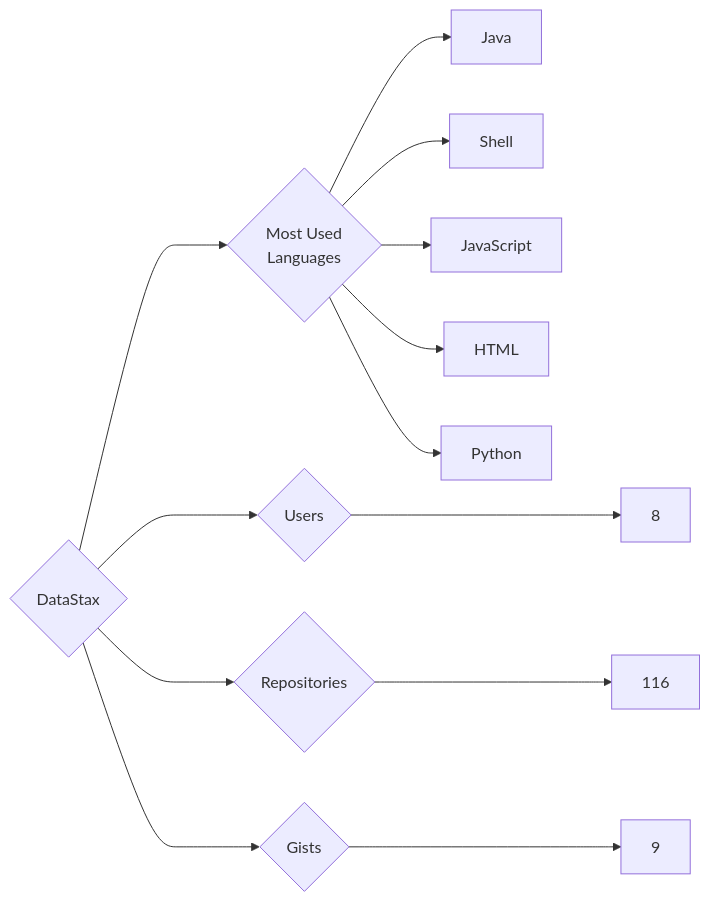
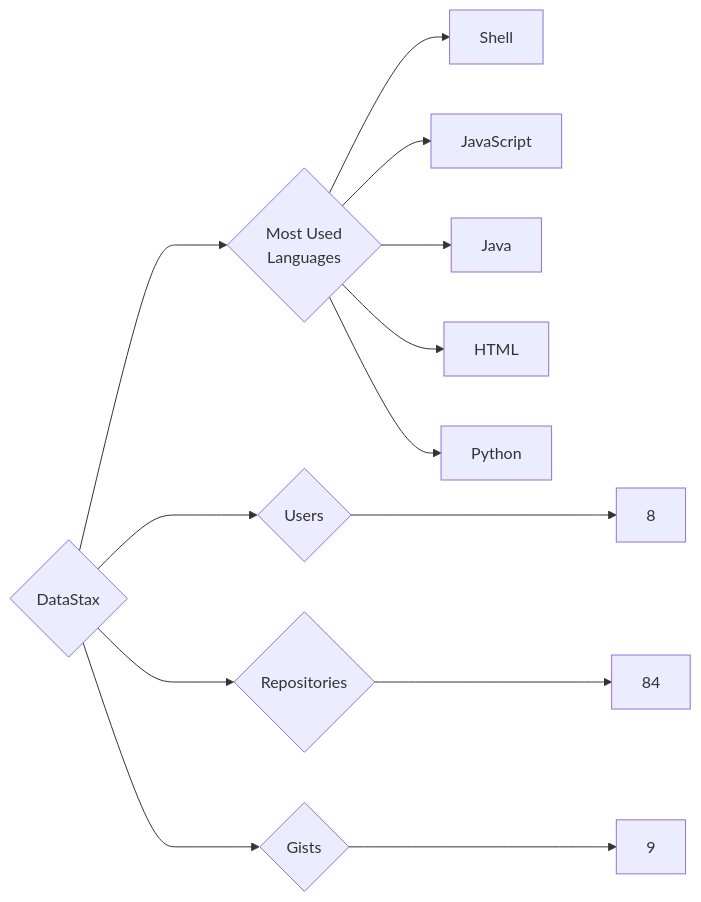
One commit to trickest/insiders changed the diagram in targets/DataStax/README.md. Above: the diagram before and after it, drawn with Mermaid. The commit also changed 1036 other files, not shown here.

````diff
--- a/targets/DataStax/README.md
+++ b/targets/DataStax/README.md
@@ -3,13 +3,13 @@
 ```mermaid
 graph LR
 COMPANY_NAME{DataStax}
 COMPANY_NAME ---> U{Users} ---> UN[8]
-COMPANY_NAME ---> R{Repositories} ---> RN[116]
+COMPANY_NAME ---> R{Repositories} ---> RN[84]
 COMPANY_NAME ---> G{Gists} ---> GN[9]
 COMPANY_NAME ---> ML{Most Used<br>Languages}
-ML --> Java[Java]
 ML --> Shell[Shell]
 ML --> JavaScript[JavaScript]
+ML --> Java[Java]
 ML --> HTML[HTML]
 ML --> Python[Python]
 ```
````
